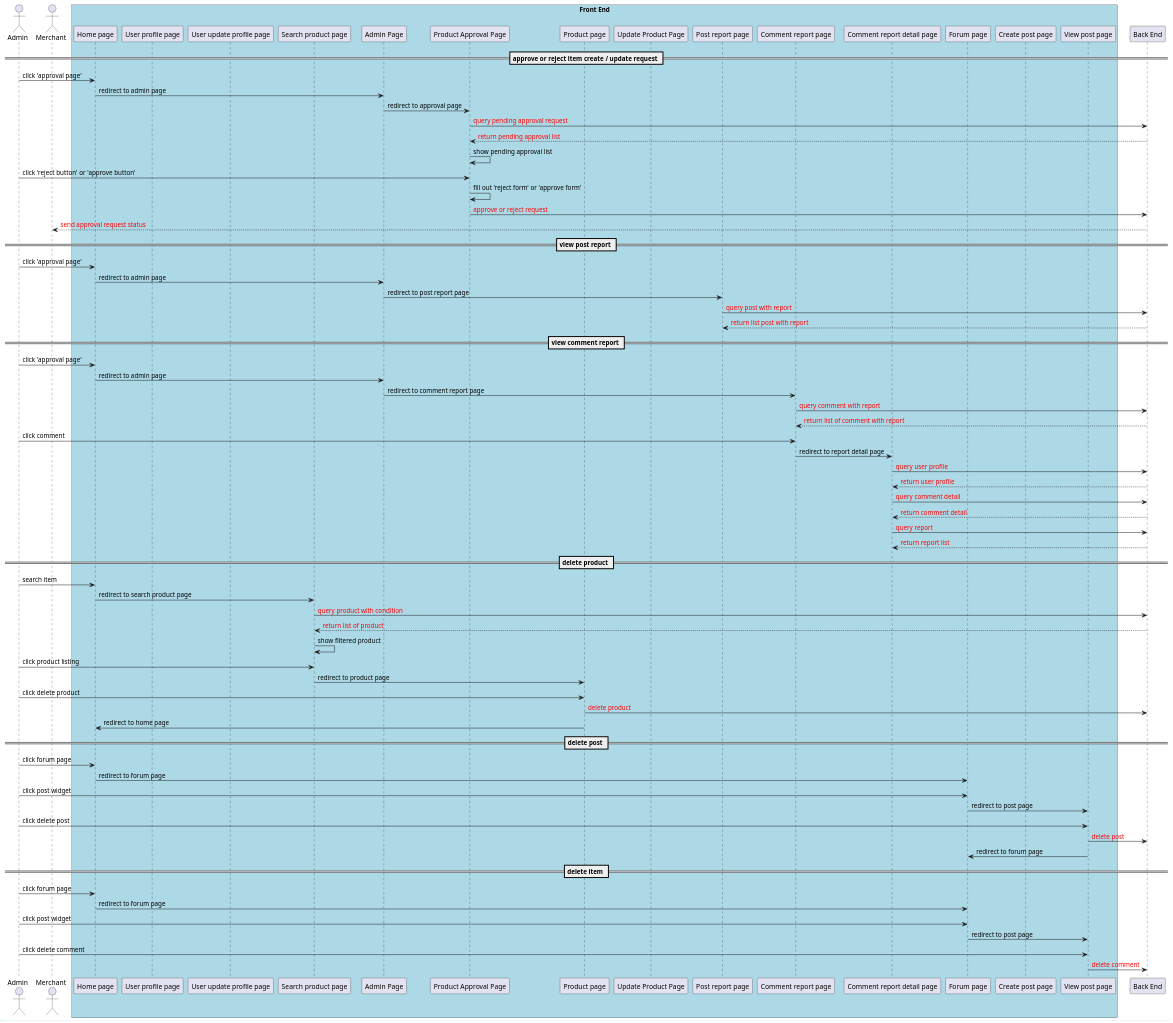
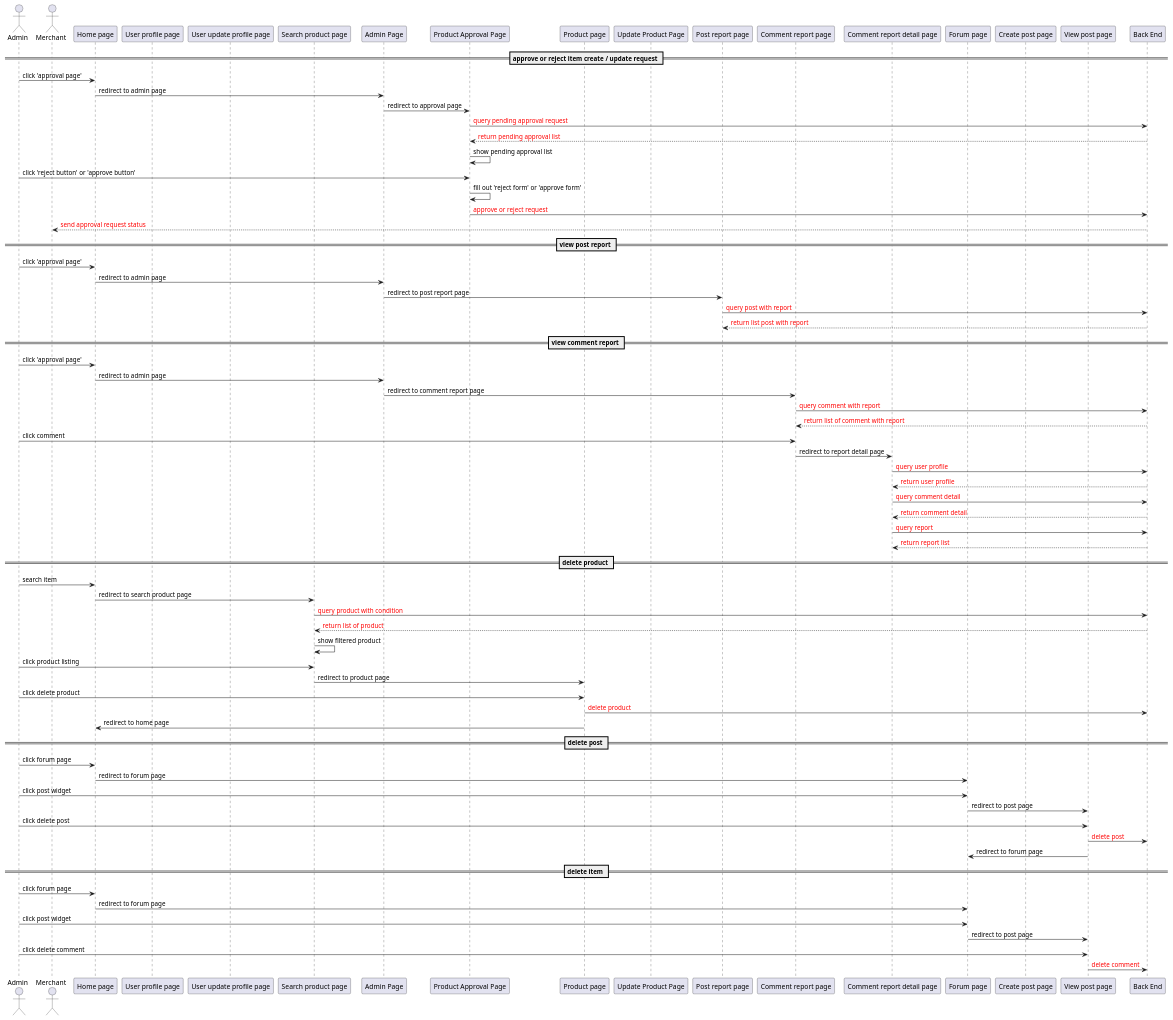
One commit to aldihsuhandi/skripsi-2023 changed the diagram in uml diagram/old/sequence diagram/admin perspective.pu. Above: the diagram before and after it, drawn with PlantUML. The commit also changed 39 other files, not shown here.

Commit message:
remove box from sequence diagram

```diff
--- a/uml diagram/old/sequence diagram/admin perspective.pu
+++ b/uml diagram/old/sequence diagram/admin perspective.pu
@@ -1,97 +1,97 @@
 @startuml sequence diagram admin perspective
 
 Actor Admin as a
 Actor Merchant as m
 
-Box "Front End" #LightBlue
+' Box "Front End" #LightBlue
 Participant "Home page" as hp
 
 ' account management
 Participant "User profile page" as upp
 Participant "User update profile page" as uupp
 
 ' interaction with product
 Participant "Search product page" as sip
 Participant "Admin Page" as ap
 Participant "Product Approval Page" as pap
 Participant "Product page" as ip
 Participant "Update Product Page" as uip
 
 ' report comment and post
 Participant "Post report page" as prp
 Participant "Comment report page" as crp
 Participant "Comment report detail page" as crdp
 
 ' discussion page
 Participant "Forum page" as fp
 Participant "Create post page" as cpp
 Participant "View post page" as vpp
-end Box
+' end box
 
 ' backend
 Participant "Back End" as be
 
 == approve or reject item create / update request ==
 a -> hp : click 'approval page'
 hp -> ap : redirect to admin page
 ap -> pap : redirect to approval page
 pap -> be : <color:red>query pending approval request
 pap <-- be : <color:red>return pending approval list
 pap -> pap : show pending approval list
 a -> pap : click 'reject button' or 'approve button'
 pap -> pap : fill out 'reject form' or 'approve form'
 pap -> be : <color:red>approve or reject request
 m <-- be : <color:red>send approval request status
 
 == view post report ==
 a -> hp : click 'approval page'
 hp -> ap : redirect to admin page
 ap -> prp : redirect to post report page
 prp -> be : <color:red>query post with report
 prp <-- be : <color:red>return list post with report
 
 == view comment report ==
 a -> hp : click 'approval page'
 hp -> ap : redirect to admin page
 ap -> crp : redirect to comment report page
 crp -> be : <color:red>query comment with report
 crp <-- be : <color:red>return list of comment with report
 a -> crp : click comment
 crp -> crdp : redirect to report detail page
 crdp -> be : <color:red>query user profile
 crdp <-- be : <color:red>return user profile
 crdp -> be : <color:red>query comment detail
 crdp <-- be : <color:red>return comment detail
 crdp -> be : <color:red>query report
 crdp <-- be : <color:red>return report list
 
 == delete product ==
 a -> hp : search item
 hp -> sip : redirect to search product page
 sip -> be : <color:red>query product with condition
 sip <-- be : <color:red>return list of product
 sip -> sip : show filtered product
 a -> sip : click product listing
 sip -> ip : redirect to product page
 a -> ip : click delete product
 ip -> be : <color:red>delete product
 ip -> hp : redirect to home page
 
 == delete post ==
 a -> hp : click forum page
 hp -> fp : redirect to forum page
 a -> fp : click post widget
 fp -> vpp : redirect to post page
 a -> vpp : click delete post
 vpp -> be : <color:red>delete post
 vpp -> fp : redirect to forum page
 
 == delete item ==
 a -> hp : click forum page
 hp -> fp : redirect to forum page
 a -> fp : click post widget
 fp -> vpp : redirect to post page
 a -> vpp : click delete comment
 vpp -> be : <color:red>delete comment
 
 @enduml
```
